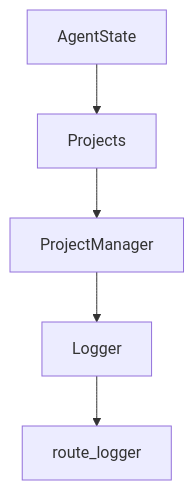
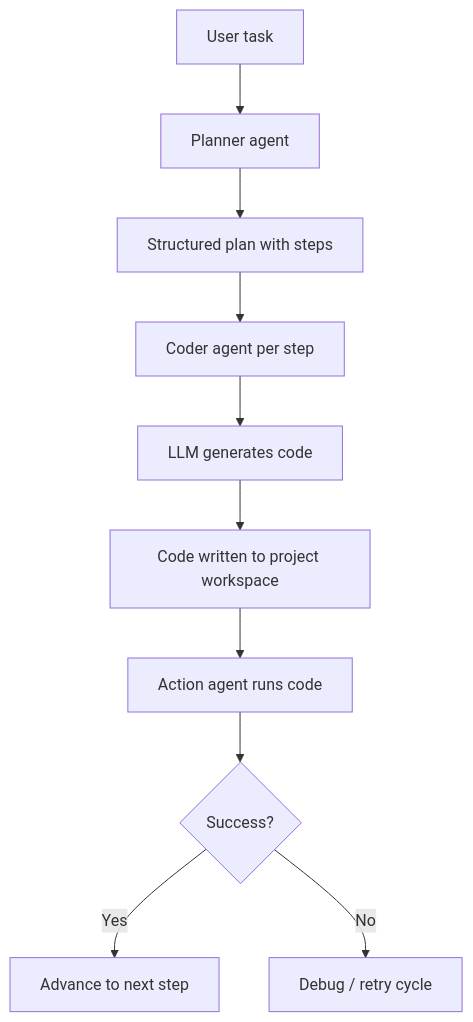
Before and after one commit to johnxie/awesome-code-docs: the diagram in tutorials/devika-tutorial/04-task-planning-and-code-generation.md, drawn with Mermaid. The commit also changed other lines of this file and 1232 other files, not shown here.

````diff
--- a/tutorials/devika-tutorial/04-task-planning-and-code-generation.md
+++ b/tutorials/devika-tutorial/04-task-planning-and-code-generation.md
@@ -213,12 +44,12 @@
 ```mermaid
 flowchart TD
-    A[AgentState]
-    B[Projects]
-    C[ProjectManager]
-    D[Logger]
-    E[route_logger]
-    A --> B
-    B --> C
-    C --> D
-    D --> E
+    A[User task] --> B[Planner agent]
+    B --> C[Structured plan with steps]
+    C --> D[Coder agent per step]
+    D --> E[LLM generates code]
+    E --> F[Code written to project workspace]
+    F --> G[Action agent runs code]
+    G --> H{Success?}
+    H -->|Yes| I[Advance to next step]
+    H -->|No| J[Debug / retry cycle]
 ```
````
